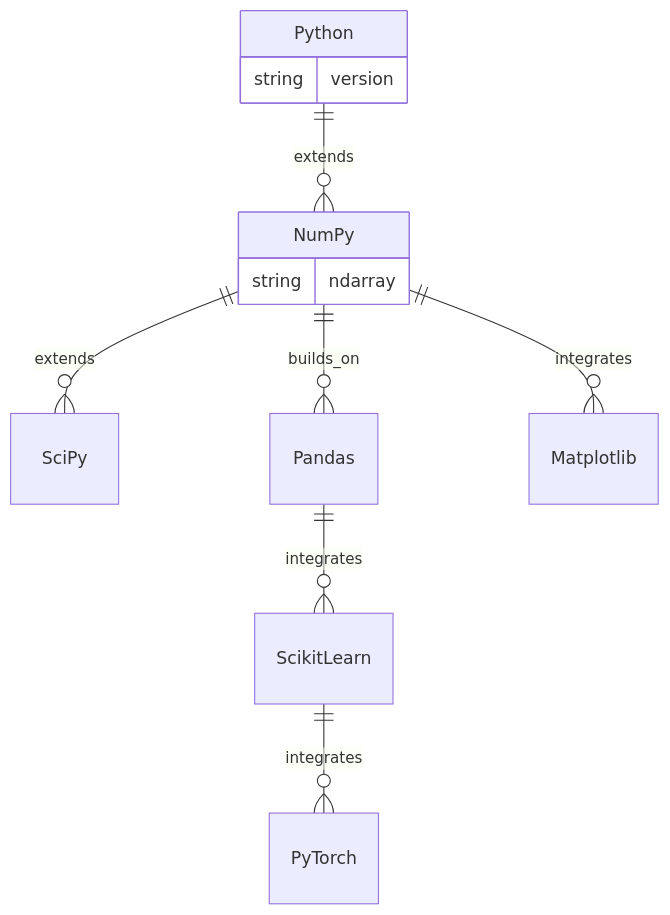
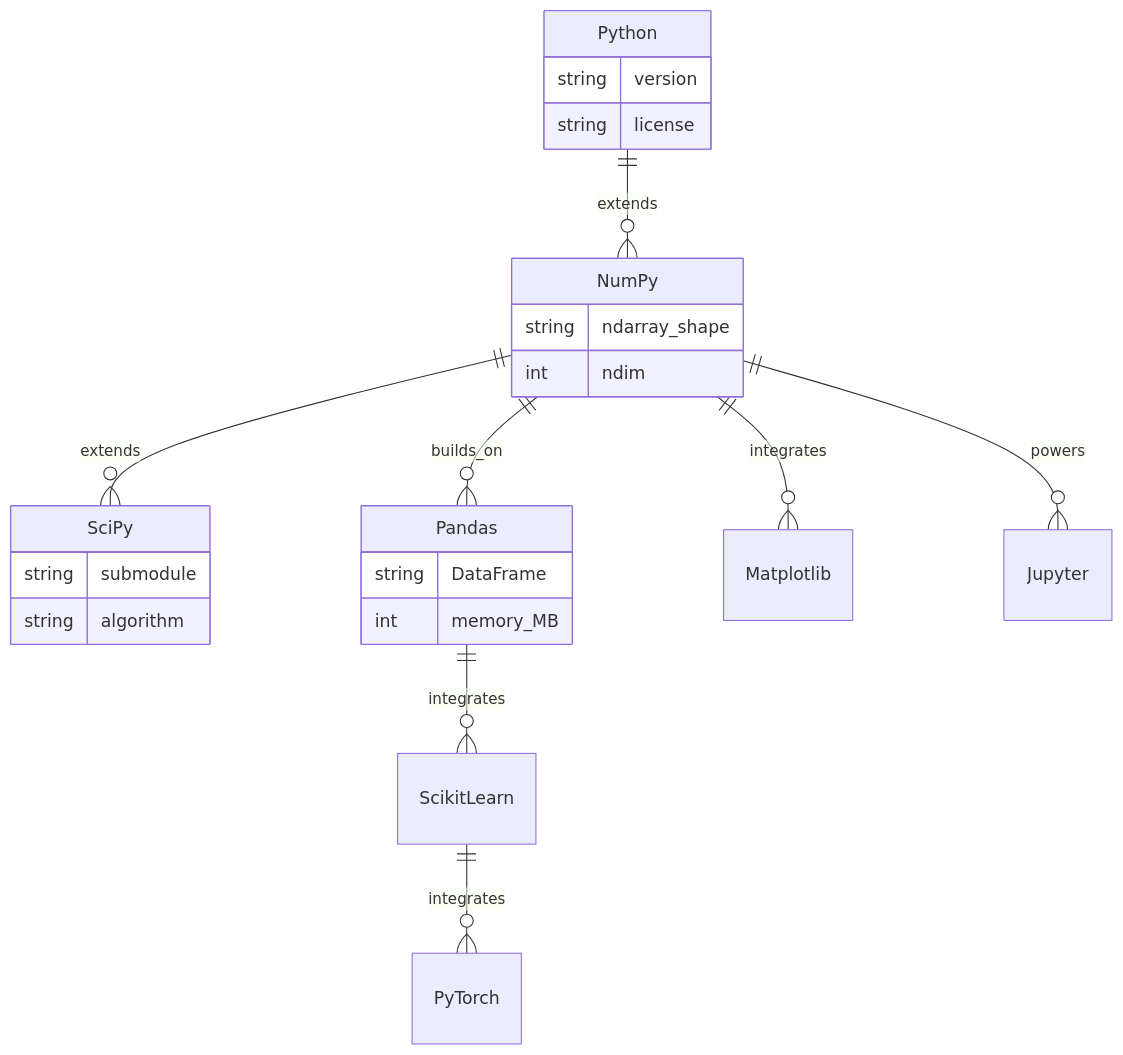
One commit to yip-lgtm/civil-bootcamp changed the fourth of 5 diagrams in MIT_CEE_GIRs/6.0001_Introduction_to_CS_and_Python.md. Above: the diagram before and after it, drawn with Mermaid. The commit also changed other lines of this file and 12 other files, not shown here.

First line of the commit message:
LLM enrichment: 13 courses enhanced with real scholars, sources, diagrams

````diff
--- a/MIT_CEE_GIRs/6.0001_Introduction_to_CS_and_Python.md
+++ b/MIT_CEE_GIRs/6.0001_Introduction_to_CS_and_Python.md
@@ -251,15 +407,26 @@
 ```mermaid
 erDiagram
     Python ||--o{ NumPy : extends
     NumPy ||--o{ SciPy : extends
     NumPy ||--o{ Pandas : builds_on
     NumPy ||--o{ Matplotlib : integrates
     Pandas ||--o{ ScikitLearn : integrates
     ScikitLearn ||--o{ PyTorch : integrates
+    NumPy ||--o{ Jupyter : powers
     Python {
         string version
+        string license
     }
     NumPy {
-        string ndarray
+        string ndarray_shape
+        int ndim
+    }
+    SciPy {
+        string submodule
+        string algorithm
+    }
+    Pandas {
+        string DataFrame
+        int memory_MB
     }
 ```
````
